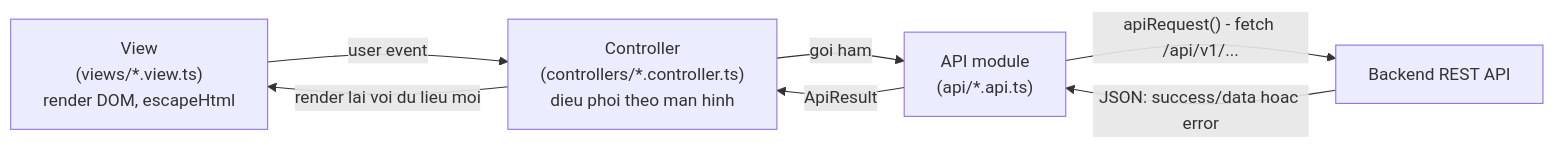
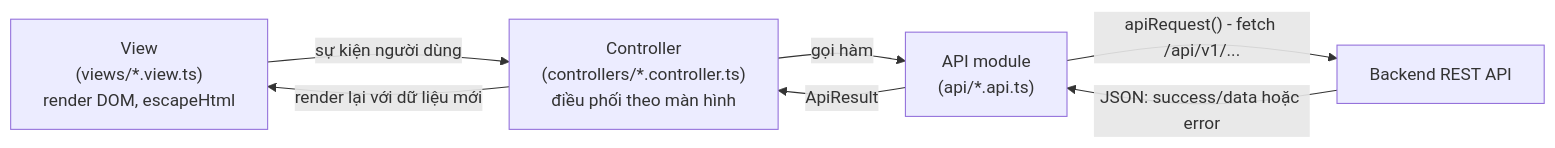
One commit to QuocThinh271222007/OpenUtilityBill changed the fourth of 4 diagrams in README.md. Above: the diagram before and after it, drawn with Mermaid. The commit also changed other lines of this file, not shown here.

````diff
--- a/README.md
+++ b/README.md
@@ -158,9 +153,9 @@
 ```mermaid
 flowchart LR
-    V["View<br/>(views/*.view.ts)<br/>render DOM, escapeHtml"] -->|"user event"| CT["Controller<br/>(controllers/*.controller.ts)<br/>dieu phoi theo man hinh"]
-    CT -->|"goi ham"| APIM["API module<br/>(api/*.api.ts)"]
+    V["View<br/>(views/*.view.ts)<br/>render DOM, escapeHtml"] -->|"sự kiện người dùng"| CT["Controller<br/>(controllers/*.controller.ts)<br/>điều phối theo màn hình"]
+    CT -->|"gọi hàm"| APIM["API module<br/>(api/*.api.ts)"]
     APIM -->|"apiRequest() - fetch /api/v1/..."| BE["Backend REST API"]
-    BE -->|"JSON: success/data hoac error"| APIM
+    BE -->|"JSON: success/data hoặc error"| APIM
     APIM -->|"ApiResult<T>"| CT
-    CT -->|"render lai voi du lieu moi"| V
+    CT -->|"render lại với dữ liệu mới"| V
 ```
````
